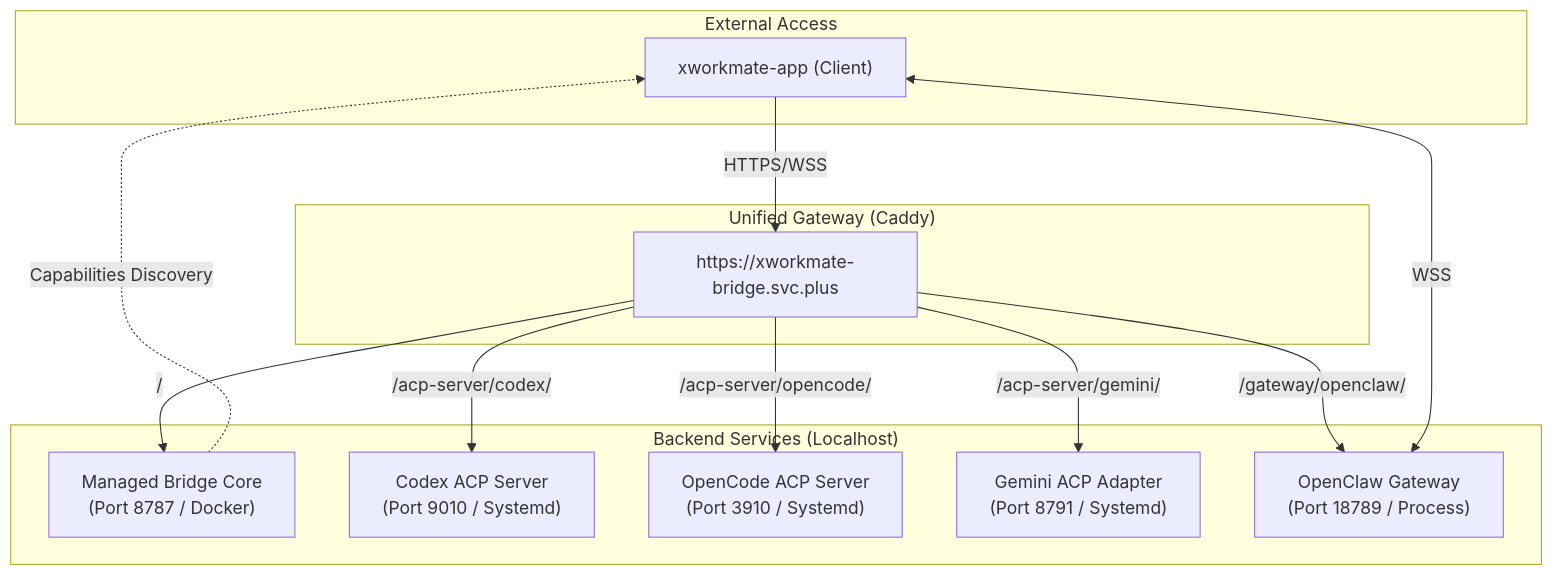
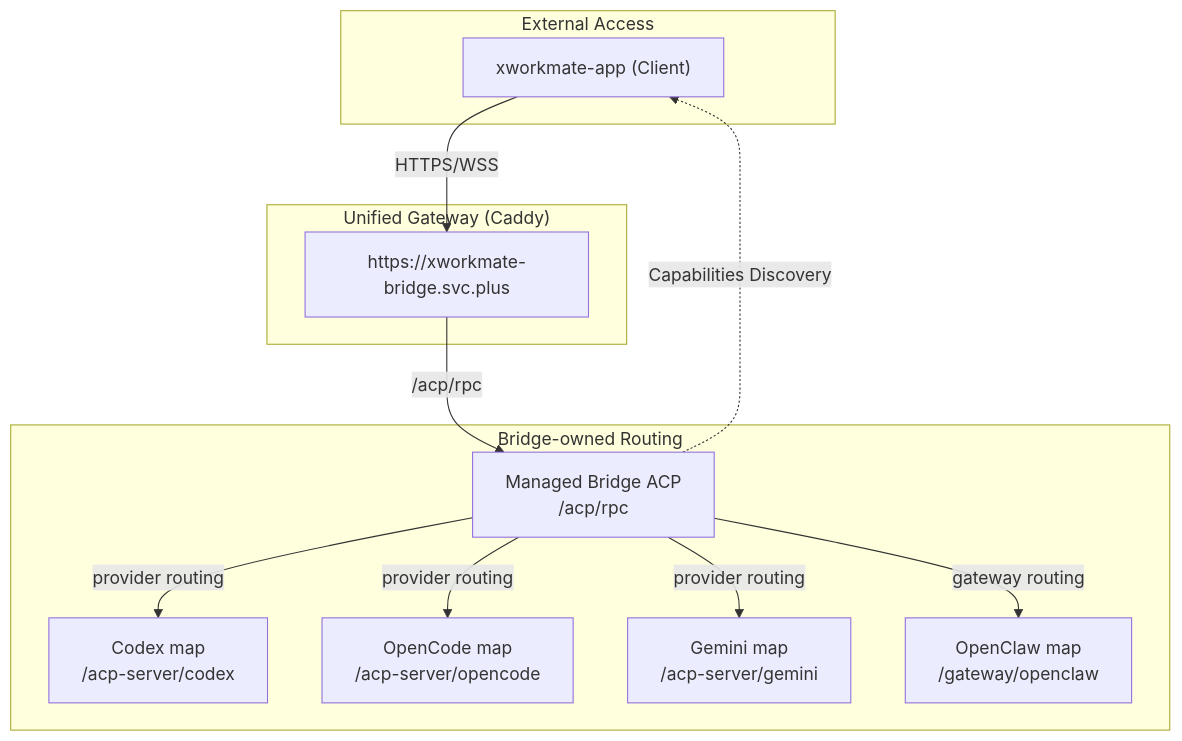
The diagram in docs/architecture/unified-routing-architecture.md (ai-workspace-lab/xworkmate-app), drawn with Mermaid before and after one commit. The commit also changed other lines of this file and 13 other files, not shown here.

Commit message:
Refactor bridge runtime routing

````diff
--- a/docs/architecture/unified-routing-architecture.md
+++ b/docs/architecture/unified-routing-architecture.md
@@ -7,31 +7,30 @@
 ```mermaid
 graph TD
     subgraph "External Access"
         Client["xworkmate-app (Client)"]
     end
 
     subgraph "Unified Gateway (Caddy)"
         Bridge_Domain["https://xworkmate-bridge.svc.plus"]
     end
 
-    subgraph "Backend Services (Localhost)"
-        ManagedBridge["Managed Bridge Core<br/>(Port 8787 / Docker)"]
-        CodexProvider["Codex ACP Server<br/>(Port 9010 / Systemd)"]
-        OpenCodeProvider["OpenCode ACP Server<br/>(Port 3910 / Systemd)"]
-        GeminiAdapter["Gemini ACP Adapter<br/>(Port 8791 / Systemd)"]
-        OpenClawGateway["OpenClaw Gateway<br/>(Port 18789 / Process)"]
+    subgraph "Bridge-owned Routing"
+        ManagedBridge["Managed Bridge ACP<br/>/acp/rpc"]
+        CodexProvider["Codex map<br/>/acp-server/codex"]
+        OpenCodeProvider["OpenCode map<br/>/acp-server/opencode"]
+        GeminiAdapter["Gemini map<br/>/acp-server/gemini"]
+        OpenClawGateway["OpenClaw map<br/>/gateway/openclaw"]
     end
 
     %% Routing Rules
     Client -->|HTTPS/WSS| Bridge_Domain
 
-    Bridge_Domain -->|/| ManagedBridge
-    Bridge_Domain -->|/acp-server/codex/| CodexProvider
-    Bridge_Domain -->|/acp-server/opencode/| OpenCodeProvider
-    Bridge_Domain -->|/acp-server/gemini/| GeminiAdapter
-    Bridge_Domain -->|/gateway/openclaw/| OpenClawGateway
+    Bridge_Domain -->|/acp/rpc| ManagedBridge
+    ManagedBridge -->|provider routing| CodexProvider
+    ManagedBridge -->|provider routing| OpenCodeProvider
+    ManagedBridge -->|provider routing| GeminiAdapter
+    ManagedBridge -->|gateway routing| OpenClawGateway
 
     %% Service Connections
     ManagedBridge -.->|Capabilities Discovery| Client
-    OpenClawGateway <-->|WSS| Client
 ```
````
